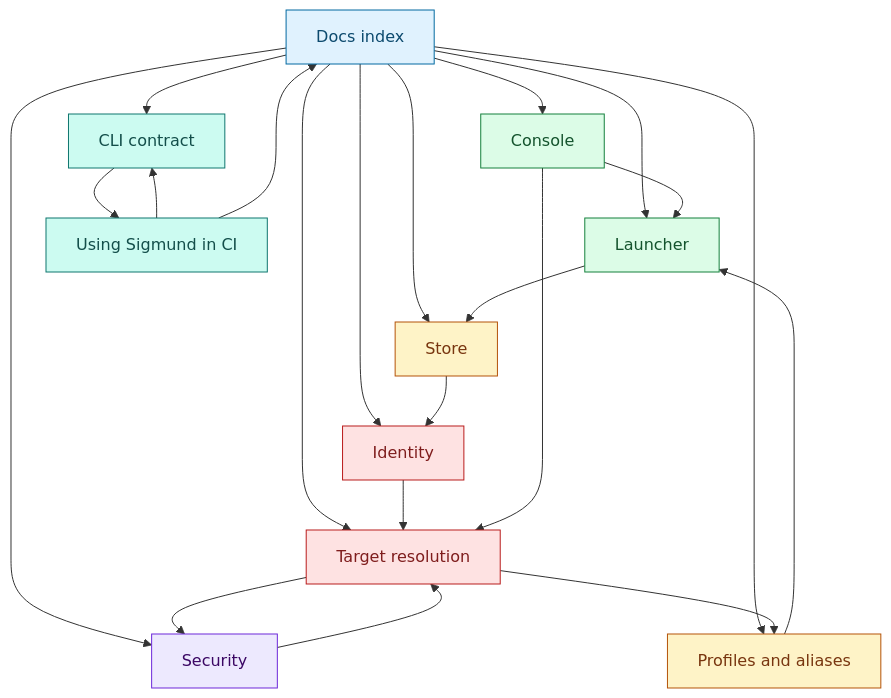
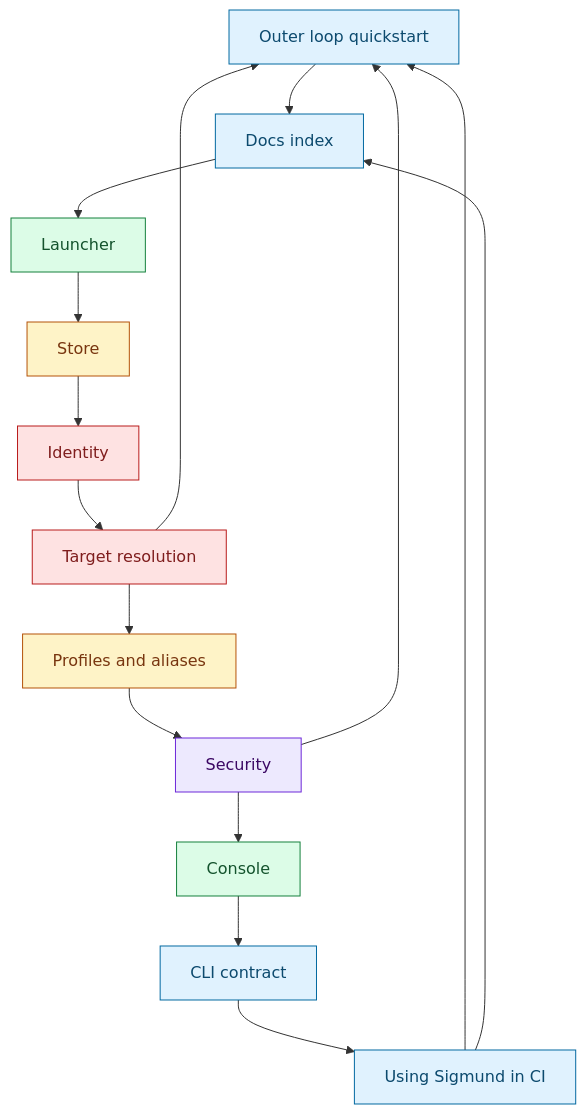
Before and after one commit to RchGrav/onhold: the third of 3 diagrams in docs/index.md, drawn with Mermaid. The commit also changed other lines of this file and 13 other files, not shown here.

````diff
--- a/docs/index.md
+++ b/docs/index.md
@@ -66,38 +103,28 @@
 ```mermaid
 flowchart TD
-    Index["Docs index"] --> Launcher["Launcher"]
-    Index --> Store["Store"]
-    Index --> Identity["Identity"]
-    Index --> Target["Target resolution"]
-    Index --> Profiles["Profiles and aliases"]
-    Index --> Security["Security"]
-    Index --> Console["Console"]
-    Index --> CLI["CLI contract"]
+    Quick["Outer loop quickstart"] --> Index["Docs index"]
+    Index --> Launcher["Launcher"]
+    Launcher --> Store["Store"]
+    Store --> Identity["Identity"]
+    Identity --> Target["Target resolution"]
+    Target --> Profiles["Profiles and aliases"]
+    Profiles --> Security["Security"]
+    Security --> Console["Console"]
+    Console --> CLI["CLI contract"]
     CLI --> CI["Using Sigmund in CI"]
+    CI --> Quick
+    CI --> Index
+    Target --> Quick
+    Security --> Quick
 
-    Launcher --> Store
-    Store --> Identity
-    Identity --> Target
-    Target --> Security
-    Target --> Profiles
-    Profiles --> Launcher
-    Security --> Target
-    Console --> Launcher
-    Console --> Target
-    CI --> CLI
-    CI --> Index
-
-    classDef entry fill:#e0f2fe,stroke:#0369a1,color:#0c4a6e
+    classDef user fill:#e0f2fe,stroke:#0369a1,color:#0c4a6e
     classDef launch fill:#dcfce7,stroke:#15803d,color:#14532d
     classDef state fill:#fef3c7,stroke:#b45309,color:#78350f
     classDef safety fill:#fee2e2,stroke:#b91c1c,color:#7f1d1d
     classDef privilege fill:#ede9fe,stroke:#6d28d9,color:#3b0764
-    classDef script fill:#ccfbf1,stroke:#0f766e,color:#134e4a
-
-    class Index entry
+    class Quick,Index,CLI,CI user
     class Launcher,Console launch
     class Store,Profiles state
     class Identity,Target safety
     class Security privilege
-    class CLI,CI script
 ```
````
